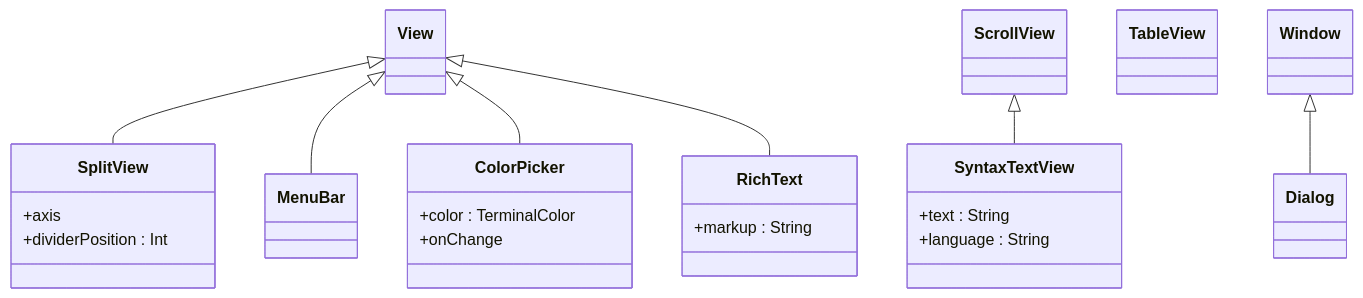
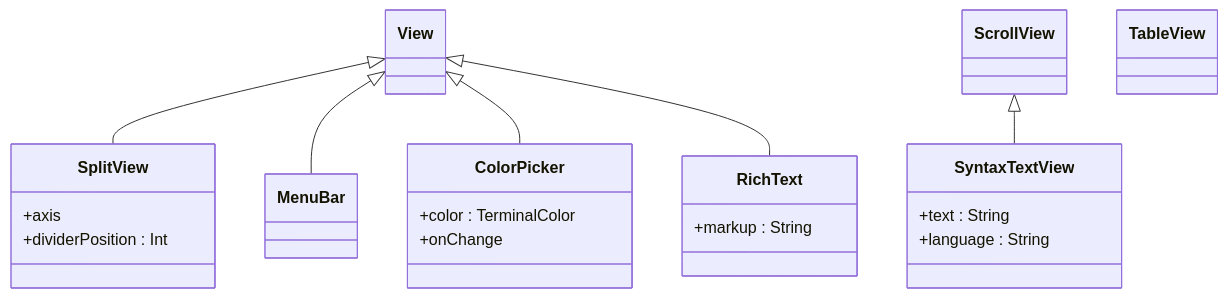
Before and after one commit to bobbyski/TUIKit: the second of 2 diagrams in Docs/ControlsUML.md, drawn with Mermaid. The commit also changed other lines of this file and 8 other files, not shown here.

````diff
--- a/Docs/ControlsUML.md
+++ b/Docs/ControlsUML.md
@@ -231,33 +273,31 @@
 ```mermaid
 classDiagram
     direction TB
 
     class View
     class ScrollView
     class TableView
 
     class SplitView {
         +axis
         +dividerPosition : Int
     }
     class MenuBar
-    class Dialog
     class ColorPicker {
         +color : TerminalColor
         +onChange
     }
     class RichText {
         +markup : String
     }
     class SyntaxTextView {
         +text : String
         +language : String
     }
 
     View <|-- SplitView
     View <|-- MenuBar
     View <|-- ColorPicker
     View <|-- RichText
     ScrollView <|-- SyntaxTextView
-    Window <|-- Dialog
 ```
````
